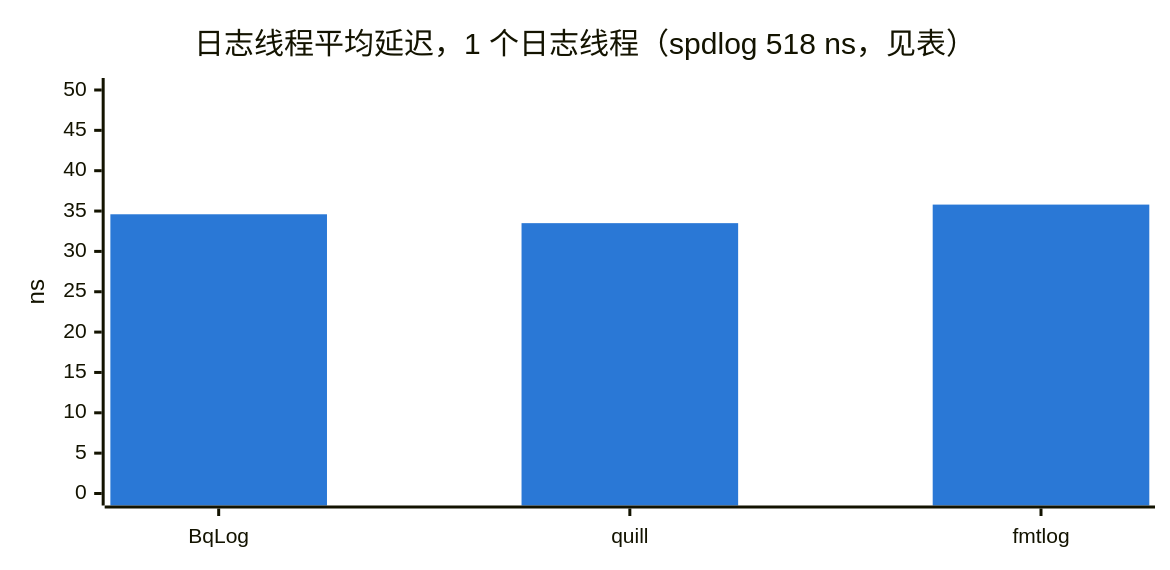
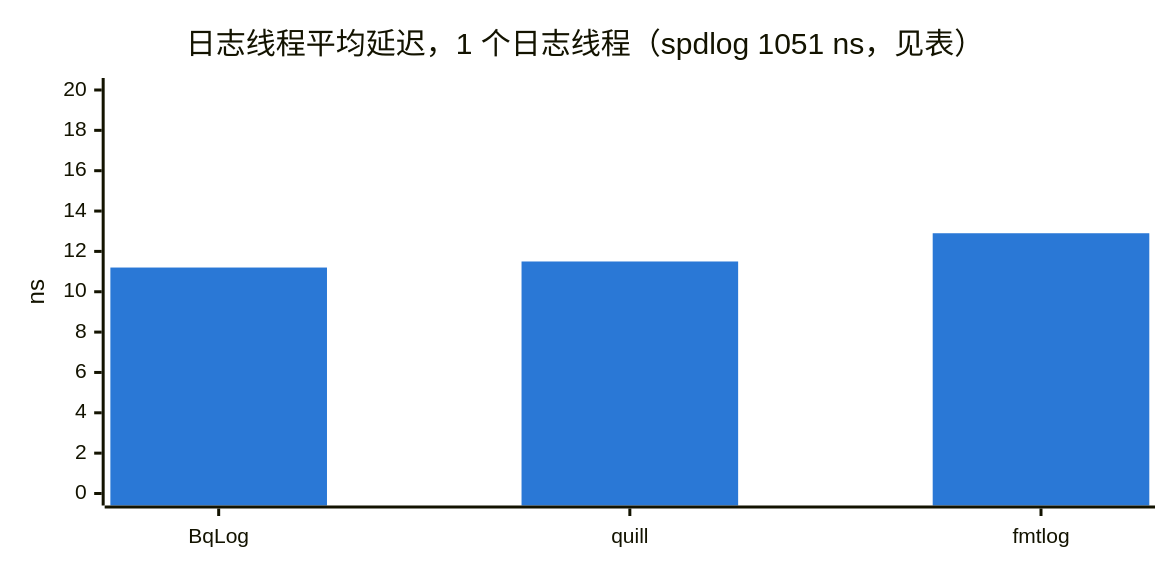
Before and after one commit to Tencent/BqLog: diagram 15 of 15 in docs/BENCHMARK_CHS.md, drawn with Mermaid. The commit also changed other lines of this file and 1 other file, not shown here.

````diff
--- a/docs/BENCHMARK_CHS.md
+++ b/docs/BENCHMARK_CHS.md
@@ -717,16 +538,16 @@
 ```mermaid
 ---
 config:
   xyChart:
     width: 760
     height: 360
   themeVariables:
     xyChart:
       plotColorPalette: "#2a78d6"
 ---
 xychart-beta
-    title "日志线程平均延迟，1 个日志线程（spdlog 518 ns，见表）"
+    title "日志线程平均延迟，1 个日志线程（spdlog 1051 ns，见表）"
     x-axis ["BqLog", "quill", "fmtlog"]
-    y-axis "ns" 0 --> 50
-    bar [34.6, 33.5, 35.8]
+    y-axis "ns" 0 --> 20
+    bar [11.2, 11.5, 12.9]
 ```
````
